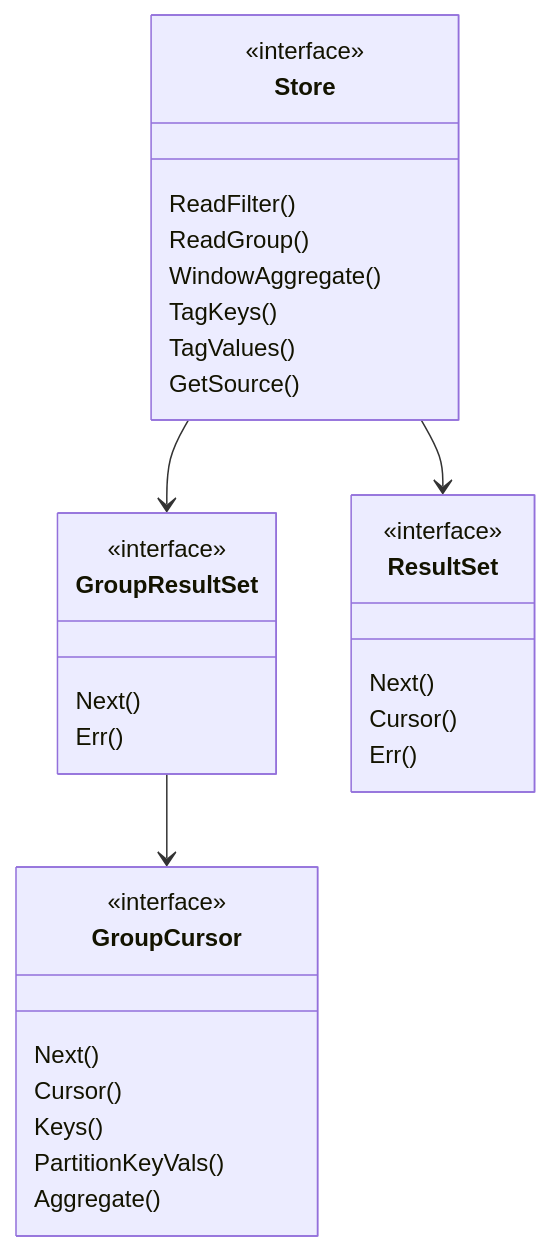
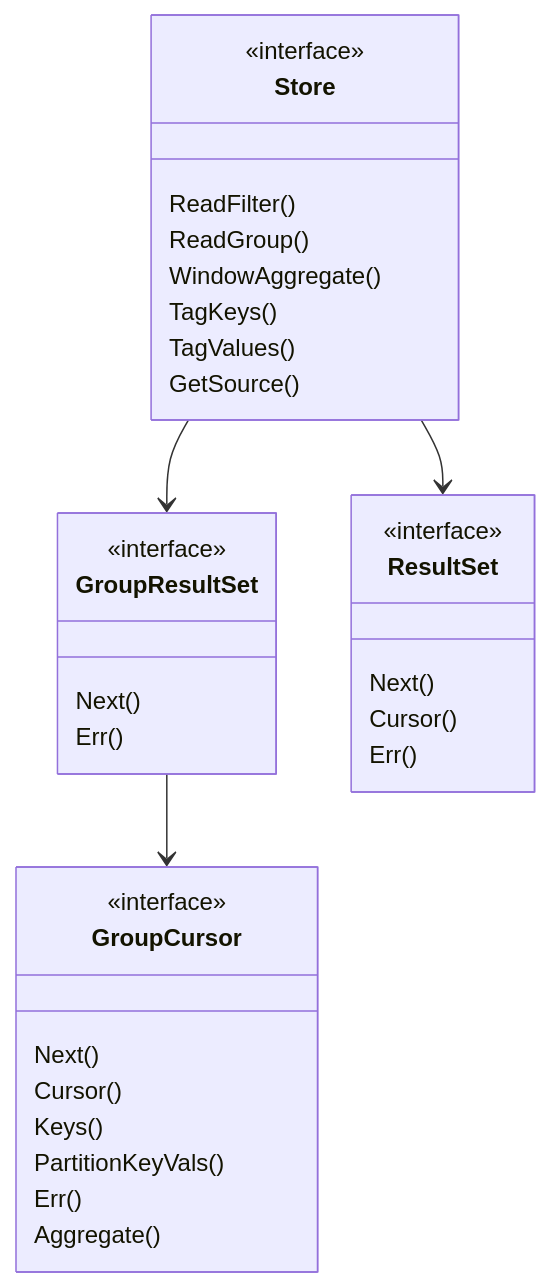
The third of 3 diagrams in docs/specs/v1.8.10-vs-v1.12.3/03_query_engine_diff.md (stefanv5/influxdb), drawn with Mermaid before and after one commit. The commit also changed other lines of this file and 7 other files, not shown here.

First line of the commit message:
docs: fix code snippets and flows in the version-diff study

````diff
--- a/docs/specs/v1.8.10-vs-v1.12.3/03_query_engine_diff.md
+++ b/docs/specs/v1.8.10-vs-v1.12.3/03_query_engine_diff.md
@@ -162,34 +163,35 @@
 ```mermaid
 classDiagram
     class Store {
         <<interface>>
         ReadFilter()
         ReadGroup()
         WindowAggregate()
         TagKeys()
         TagValues()
         GetSource()
     }
     class GroupResultSet {
         <<interface>>
         Next()
         Err()
     }
     class GroupCursor {
         <<interface>>
         Next()
         Cursor()
         Keys()
         PartitionKeyVals()
+        Err()
         Aggregate()
     }
     class ResultSet {
         <<interface>>
         Next()
         Cursor()
         Err()
     }
     Store --> ResultSet
     Store --> GroupResultSet
     GroupResultSet --> GroupCursor
 ```
````
